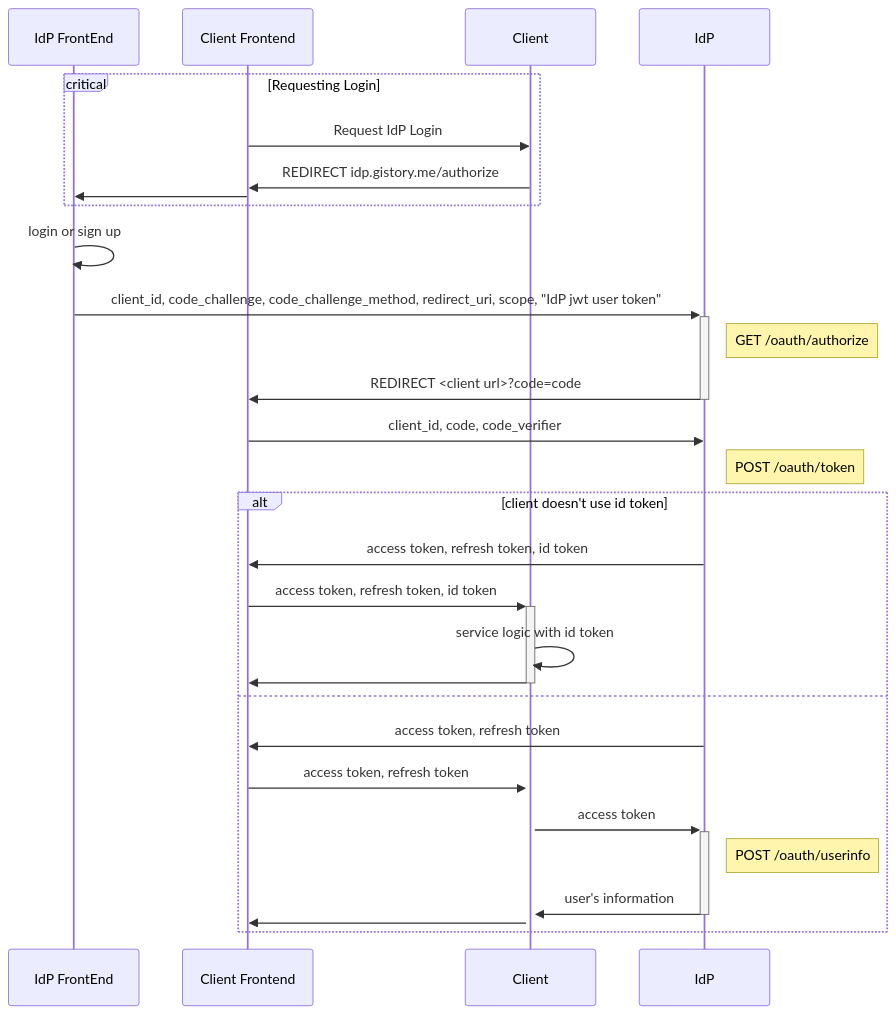
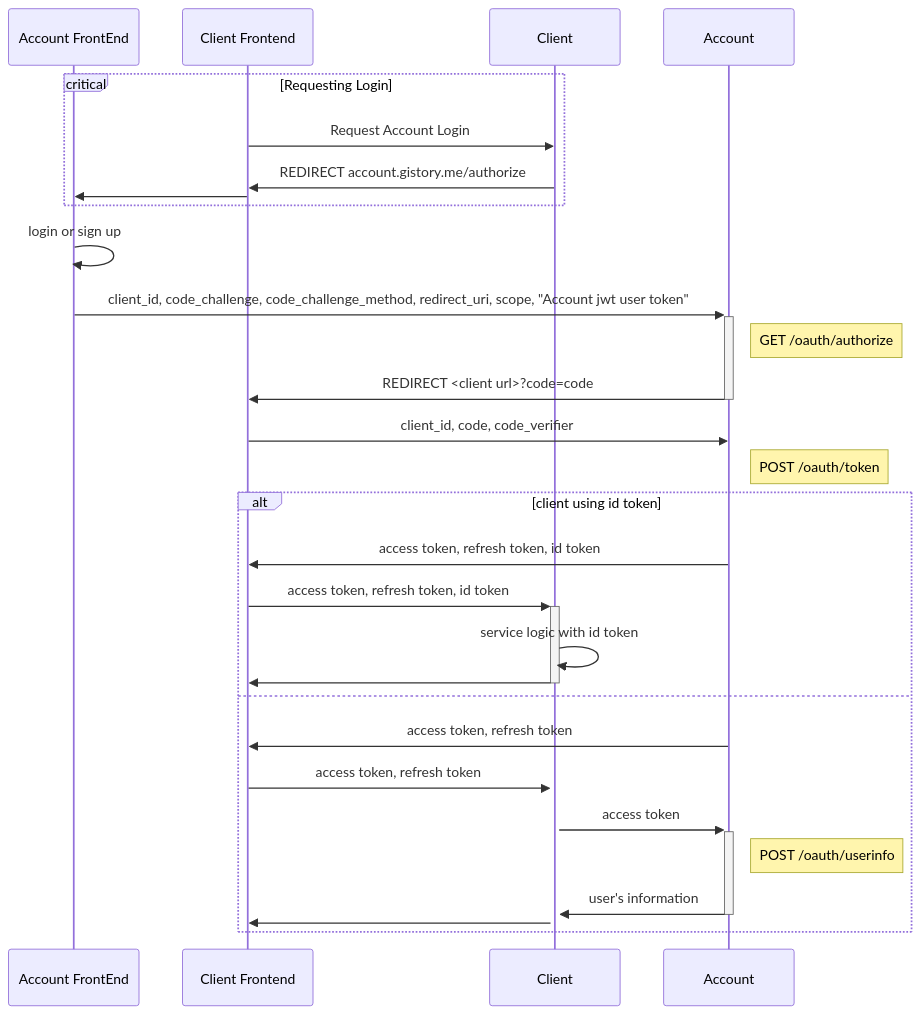
The first of 3 diagrams in README.md (gsainfoteam/idp-be), drawn with Mermaid before and after one commit. The commit also changed other lines of this file and 14 other files, not shown here.

````diff
--- a/README.md
+++ b/README.md
@@ -35,37 +35,37 @@
 ```mermaid
 sequenceDiagram
-participant IdPFe as IdP FrontEnd
+participant AccountFe as Account FrontEnd
 participant ClientFe as Client Frontend
 participant Client
-participant IdP
+participant Account
 
 critical Requesting Login
-  ClientFe ->> Client: Request IdP Login
-  Client ->> ClientFe: REDIRECT idp.gistory.me/authorize
-  ClientFe ->> IdPFe: 
+  ClientFe ->> Client: Request Account Login
+  Client ->> ClientFe: REDIRECT account.gistory.me/authorize
+  ClientFe ->> AccountFe:
 end
 
-IdPFe ->> IdPFe: login or sign up
+AccountFe ->> AccountFe: login or sign up
 
-IdPFe ->>+ IdP: client_id, code_challenge, code_challenge_method, redirect_uri, scope, "IdP jwt user token"
-note right of IdP: GET /oauth/authorize
-IdP ->>- ClientFe: REDIRECT <client url>?code=code
+AccountFe ->>+ Account: client_id, code_challenge, code_challenge_method, redirect_uri, scope, "Account jwt user token"
+note right of Account: GET /oauth/authorize
+Account ->>- ClientFe: REDIRECT <client url>?code=code
 
-ClientFe ->> IdP: client_id, code, code_verifier
-note right of IdP: POST /oauth/token
+ClientFe ->> Account: client_id, code, code_verifier
+note right of Account: POST /oauth/token
 
-alt client doesn't use id token
-  IdP ->> ClientFe: access token, refresh token, id token
+alt client using id token
+  Account ->> ClientFe: access token, refresh token, id token
   ClientFe ->>+ Client: access token, refresh token, id token
   Client ->> Client: service logic with id token
-  Client ->>- ClientFe: 
-else  
-  IdP ->> ClientFe: access token, refresh token
+  Client ->>- ClientFe:
+else
+  Account ->> ClientFe: access token, refresh token
   ClientFe ->>+ Client: access token, refresh token
-  Client ->>+ IdP: access token
-  note right of IdP: POST /oauth/userinfo
-  IdP ->>- Client: user's information
-  Client ->> ClientFe: 
+  Client ->>+ Account: access token
+  note right of Account: POST /oauth/userinfo
+  Account ->>- Client: user's information
+  Client ->> ClientFe:
 end
 
 ```
````
